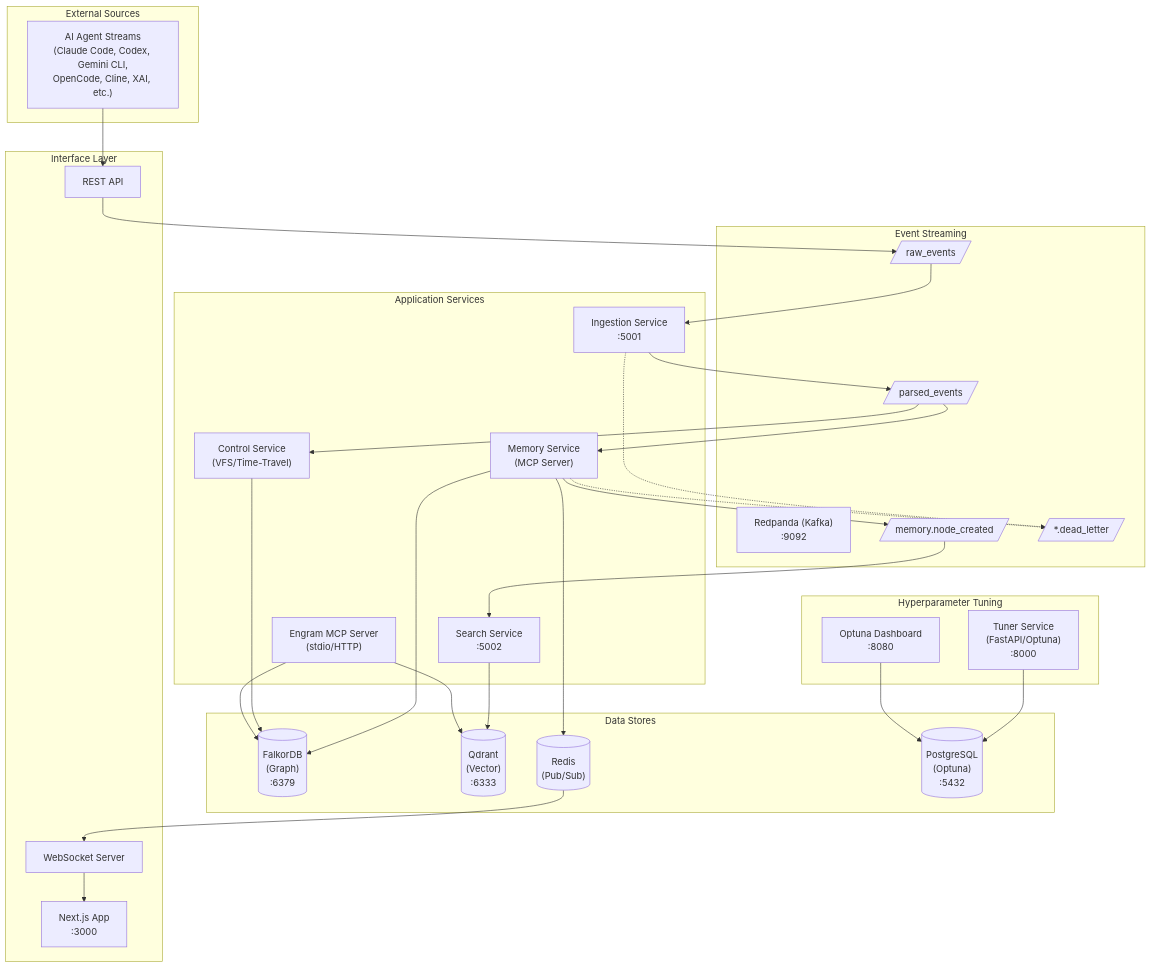
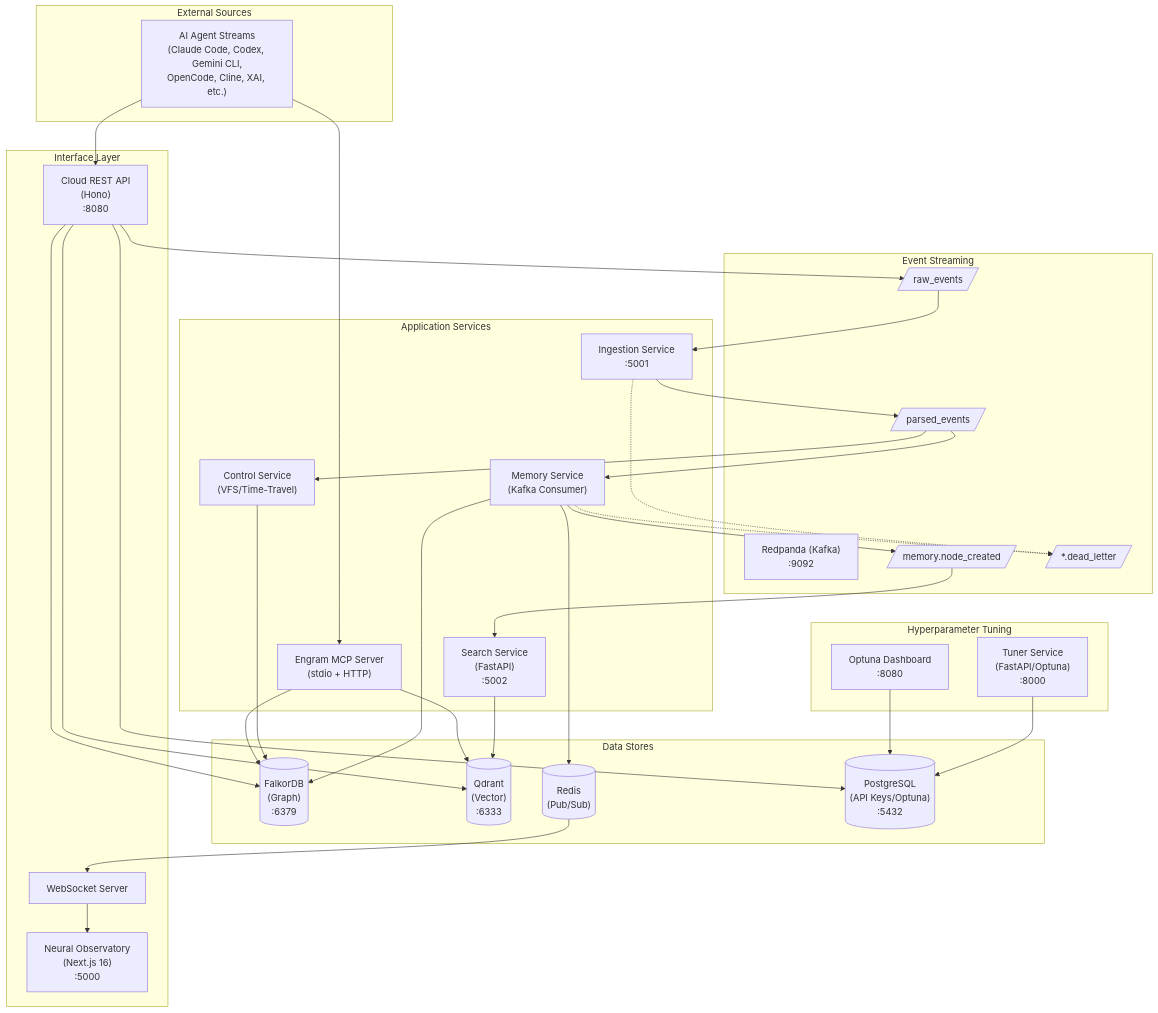
Before and after one commit to rawcontext/engram: the first of 12 diagrams in ARCHITECTURE.md, drawn with Mermaid. The commit also changed other lines of this file and 12 other files, not shown here.

First line of the commit message:
docs: update ARCHITECTURE.md and switch LLM from Grok to Gemini 3.0 Flash

````diff
--- a/ARCHITECTURE.md
+++ b/ARCHITECTURE.md
@@ -7,66 +7,70 @@
 ```mermaid
 flowchart TB
     subgraph External["External Sources"]
         Agent["AI Agent Streams<br/>(Claude Code, Codex, Gemini CLI,<br/>OpenCode, Cline, XAI, etc.)"]
     end
 
     subgraph Interface["Interface Layer"]
-        NextJS["Next.js App<br/>:3000"]
+        Observatory["Neural Observatory<br/>(Next.js 16)<br/>:5000"]
+        CloudAPI["Cloud REST API<br/>(Hono)<br/>:8080"]
         WebSocket["WebSocket Server"]
-        API["REST API"]
     end
 
     subgraph Streaming["Event Streaming"]
         Redpanda["Redpanda (Kafka)<br/>:9092"]
         RawTopic[/"raw_events"/]
         ParsedTopic[/"parsed_events"/]
         NodeTopic[/"memory.node_created"/]
         DLQ[/"*.dead_letter"/]
     end
 
     subgraph Services["Application Services"]
         Ingestion["Ingestion Service<br/>:5001"]
-        Memory["Memory Service<br/>(MCP Server)"]
-        Search["Search Service<br/>:5002"]
+        Memory["Memory Service<br/>(Kafka Consumer)"]
+        Search["Search Service<br/>(FastAPI)<br/>:5002"]
         Control["Control Service<br/>(VFS/Time-Travel)"]
-        EngramMCP["Engram MCP Server<br/>(stdio/HTTP)"]
+        EngramMCP["Engram MCP Server<br/>(stdio + HTTP)"]
     end
 
     subgraph Storage["Data Stores"]
         Falkor[("FalkorDB<br/>(Graph)<br/>:6379")]
         Qdrant[("Qdrant<br/>(Vector)<br/>:6333")]
         Redis[("Redis<br/>(Pub/Sub)")]
-        Postgres[("PostgreSQL<br/>(Optuna)<br/>:5432")]
+        Postgres[("PostgreSQL<br/>(API Keys/Optuna)<br/>:5432")]
     end
 
     subgraph Optimization["Hyperparameter Tuning"]
         Tuner["Tuner Service<br/>(FastAPI/Optuna)<br/>:8000"]
         Dashboard["Optuna Dashboard<br/>:8080"]
     end
 
-    Agent --> API
-    API --> RawTopic
+    Agent --> CloudAPI
+    Agent --> EngramMCP
+    CloudAPI --> RawTopic
     RawTopic --> Ingestion
     Ingestion --> ParsedTopic
     Ingestion -.-> DLQ
 
     ParsedTopic --> Memory
     ParsedTopic --> Control
     Memory --> Falkor
     Memory --> NodeTopic
     Memory --> Redis
     Memory -.-> DLQ
 
     NodeTopic --> Search
     Search --> Qdrant
 
     Redis --> WebSocket
-    WebSocket --> NextJS
+    WebSocket --> Observatory
 
     Control --> Falkor
     EngramMCP --> Falkor
     EngramMCP --> Qdrant
+    CloudAPI --> Falkor
+    CloudAPI --> Qdrant
 
     Tuner --> Postgres
     Dashboard --> Postgres
+    CloudAPI --> Postgres
 ```
````
